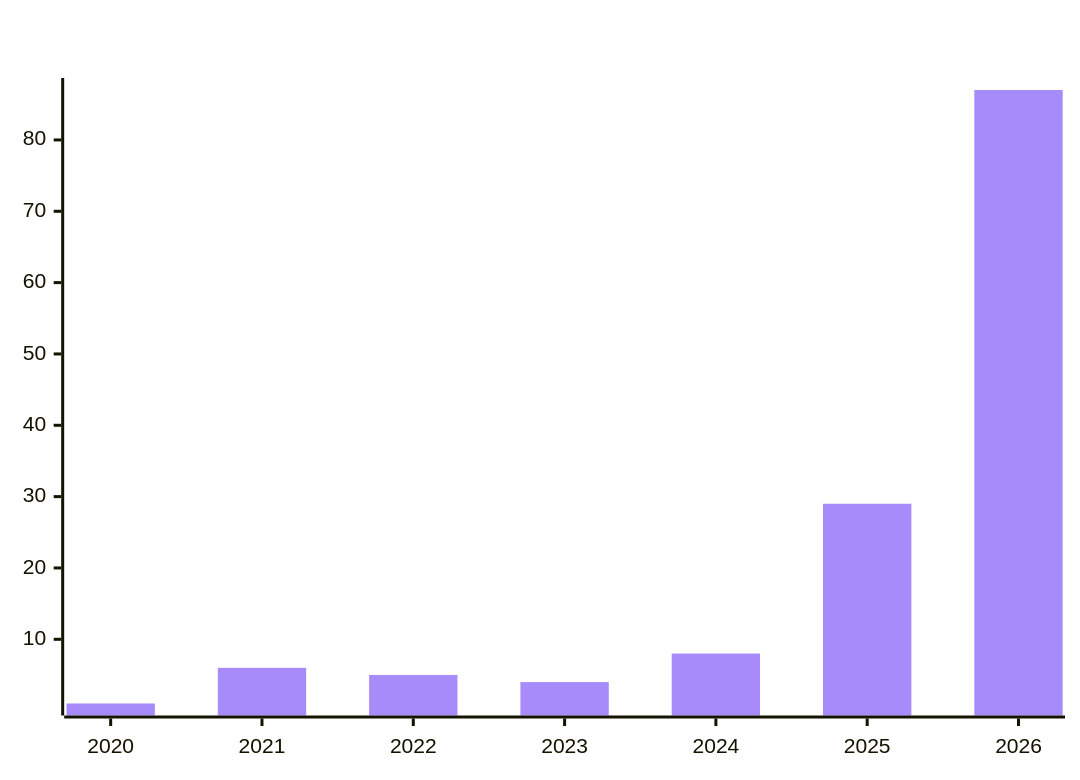
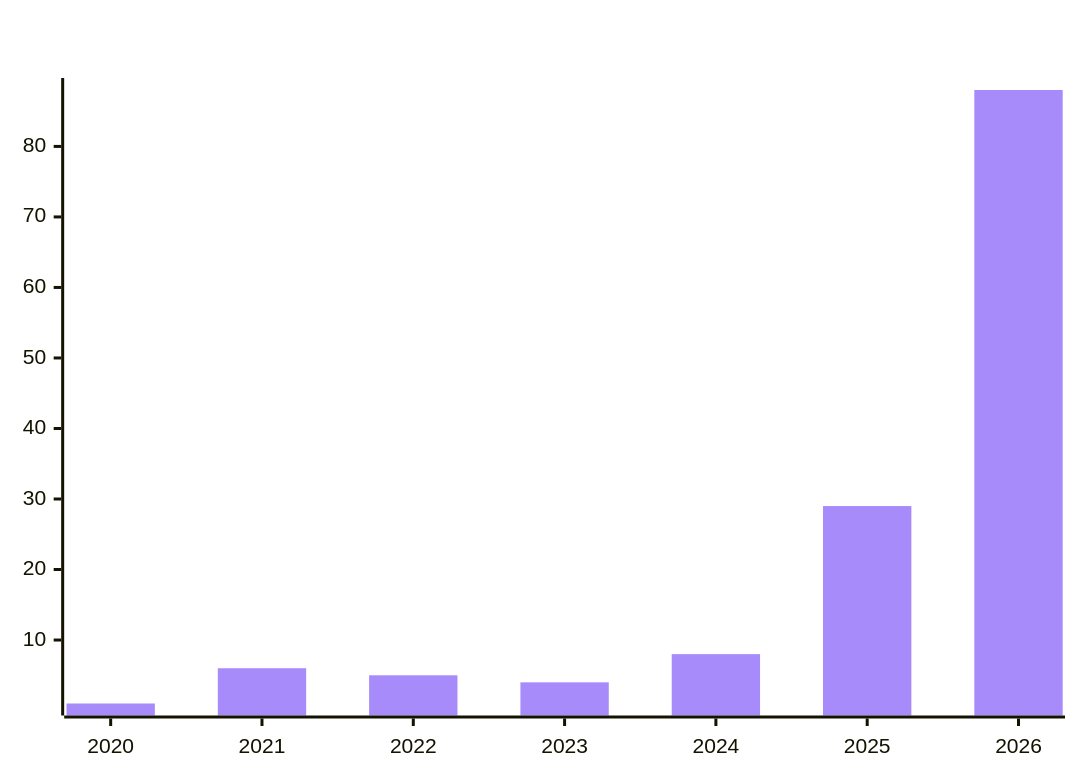
The sixth of 7 diagrams in README.md (polo-nyan/polo-nyan), drawn with Mermaid before and after one commit. The commit also changed other lines of this file and 1 other file, not shown here.

````diff
--- a/README.md
+++ b/README.md
@@ -391,7 +391,7 @@
 ```mermaid
 %%{init: {"xyChart": {"titleColor": "#ffffff", "xAxisLabelColor": "#ffffff", "yAxisLabelColor": "#ffffff"}, "themeVariables": {"xyChart": {"titleColor": "#ffffff", "plotColorPalette": "#a78bfa"}}}}%%
 xychart-beta
     title "Repos Created Per Year"
     x-axis ["2020", "2021", "2022", "2023", "2024", "2025", "2026"]
-    bar [1, 6, 5, 4, 8, 29, 87]
+    bar [1, 6, 5, 4, 8, 29, 88]
 ```
````
